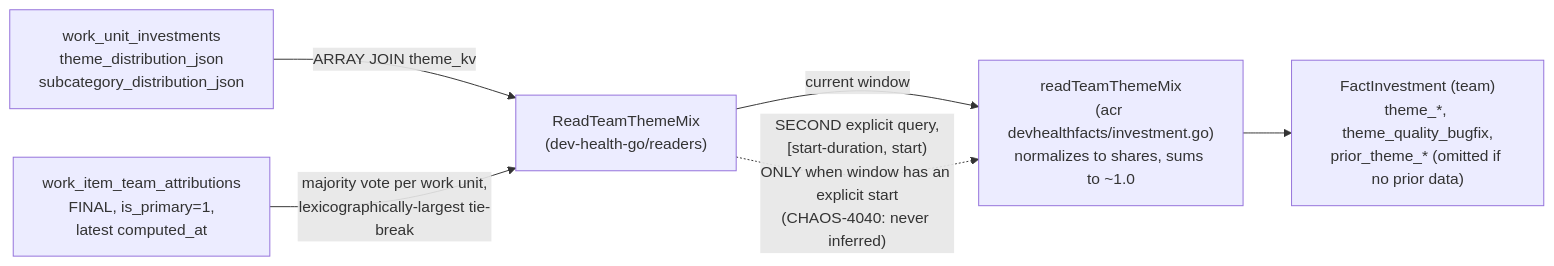
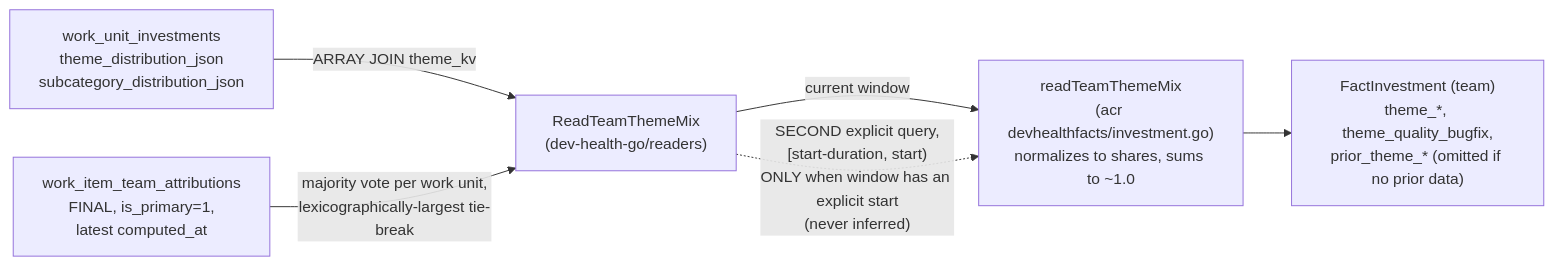
Diagram 14 of 39 in docs/design/context-fabric-architecture-diagrams.md (full-chaos/dev-health-acr), drawn with Mermaid before and after one commit. The commit also changed other lines of this file and 61 other files, not shown here.

````diff
--- a/docs/design/context-fabric-architecture-diagrams.md
+++ b/docs/design/context-fabric-architecture-diagrams.md
@@ -2187,8 +2187,8 @@
 ```mermaid
 flowchart LR
     WUI["work_unit_investments<br/>theme_distribution_json<br/>subcategory_distribution_json"] -->|ARRAY JOIN theme_kv| J
     WITA["work_item_team_attributions<br/>FINAL, is_primary=1,<br/>latest computed_at"] -->|majority vote per work unit,<br/>lexicographically-largest tie-break| J["ReadTeamThemeMix<br/>(dev-health-go/readers)"]
     J -->|current window| P["readTeamThemeMix<br/>(acr devhealthfacts/investment.go)<br/>normalizes to shares, sums to ~1.0"]
-    J -.->|"SECOND explicit query,<br/>[start-duration, start)<br/>ONLY when window has an explicit start<br/>(CHAOS-4040: never inferred)"| P
+    J -.->|"SECOND explicit query,<br/>[start-duration, start)<br/>ONLY when window has an explicit start<br/>(never inferred)"| P
     P --> F2["FactInvestment (team)<br/>theme_*, theme_quality_bugfix,<br/>prior_theme_* (omitted if no prior data)"]
 ```
````
